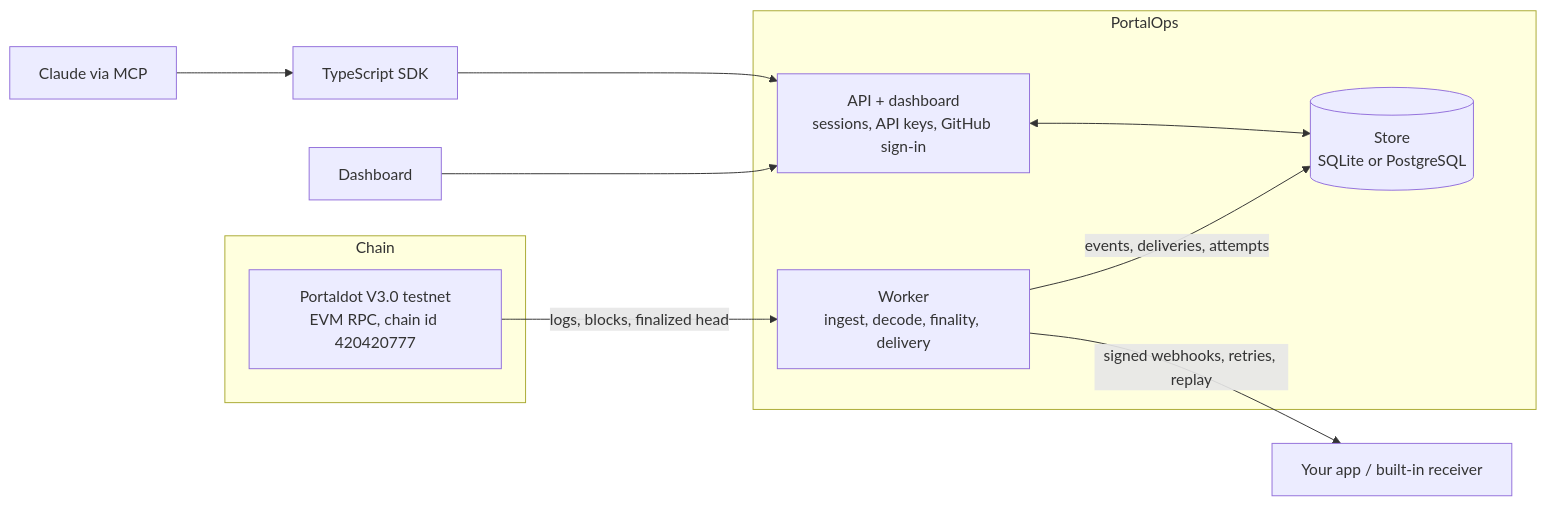
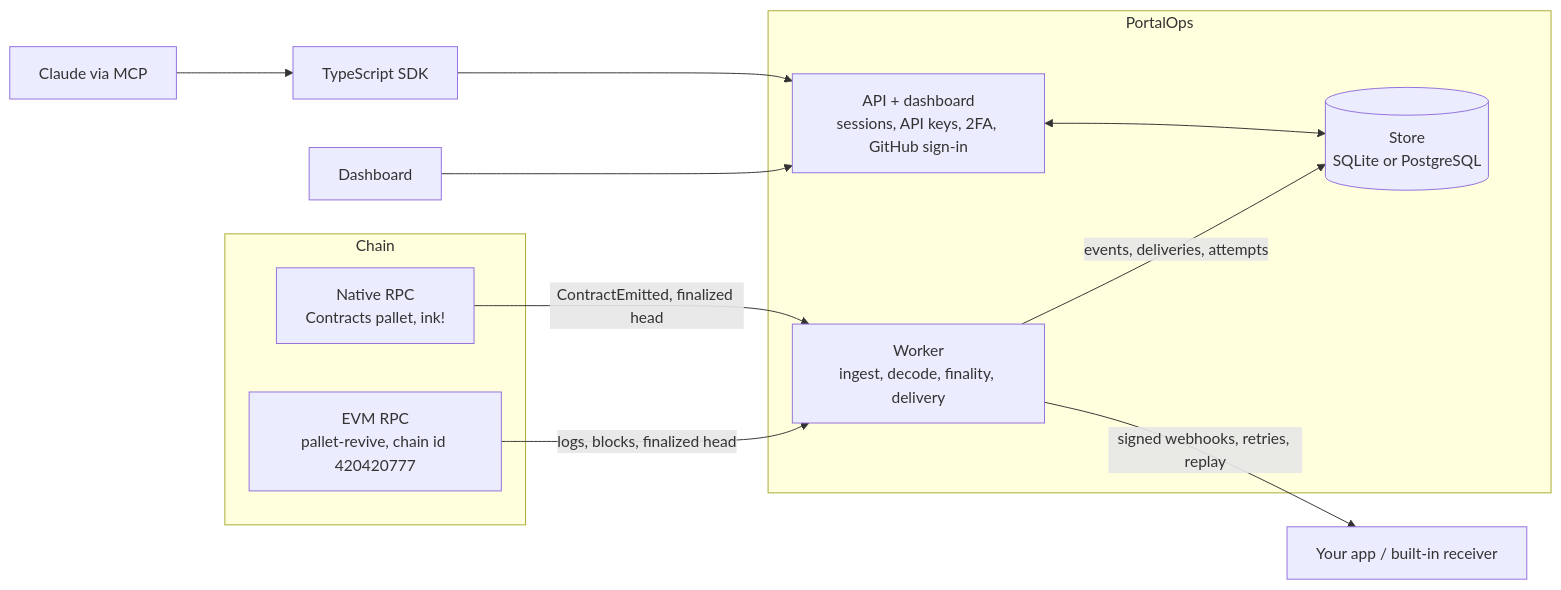
The diagram in README.md (nofazechris/portalops), drawn with Mermaid before and after one commit. The commit also changed other lines of this file and 22 other files, not shown here.

````diff
--- a/README.md
+++ b/README.md
@@ -90,18 +111,20 @@
 ```mermaid
 flowchart LR
   subgraph Chain
-    RPC[Portaldot V3.0 testnet<br/>EVM RPC, chain id 420420777]
+    EVM[EVM RPC<br/>pallet-revive, chain id 420420777]
+    NAT[Native RPC<br/>Contracts pallet, ink!]
   end
   subgraph PortalOps
     W[Worker<br/>ingest, decode, finality, delivery]
     S[(Store<br/>SQLite or PostgreSQL)]
-    A[API + dashboard<br/>sessions, API keys, GitHub sign-in]
+    A[API + dashboard<br/>sessions, API keys, 2FA, GitHub sign-in]
   end
-  RPC -->|logs, blocks, finalized head| W
+  EVM -->|logs, blocks, finalized head| W
+  NAT -->|ContractEmitted, finalized head| W
   W -->|events, deliveries, attempts| S
   A <--> S
   W -->|signed webhooks, retries, replay| R[Your app / built-in receiver]
   D[Dashboard] --> A
   SDK[TypeScript SDK] --> A
   MCP[Claude via MCP] --> SDK
 ```
````
